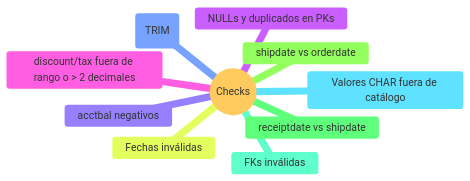
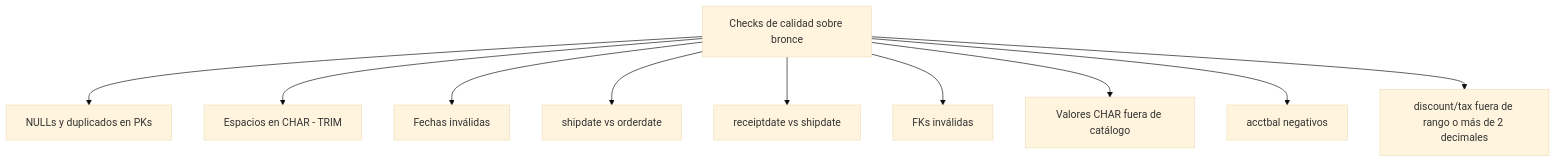
One commit to CaletOrtiz/sql-datawarehouse-project changed the third of 3 diagrams in docs/etl_proceso.md. Above: the diagram before and after it, drawn with Mermaid (base theme). The commit also changed other lines of this file and 2 other files, not shown here.

Commit message:
Fix mermaid syntax errors in arquitectura.md, etl_proceso.md and validacion_etl.md

````diff
--- a/docs/etl_proceso.md
+++ b/docs/etl_proceso.md
@@ -41,13 +41,12 @@
 ```mermaid
-mindmap
-  root((Checks))
-    NULLs y duplicados en PKs
-    Espacios en CHAR (TRIM)
-    Fechas inválidas
-    shipdate vs orderdate
-    receiptdate vs shipdate
-    FKs inválidas
-    Valores CHAR fuera de catálogo
-    acctbal negativos
-    discount/tax fuera de rango o > 2 decimales
+flowchart TD
+    C[Checks de calidad sobre bronce] --> C1[NULLs y duplicados en PKs]
+    C --> C2[Espacios en CHAR - TRIM]
+    C --> C3[Fechas inválidas]
+    C --> C4[shipdate vs orderdate]
+    C --> C5[receiptdate vs shipdate]
+    C --> C6[FKs inválidas]
+    C --> C7[Valores CHAR fuera de catálogo]
+    C --> C8[acctbal negativos]
+    C --> C9[discount/tax fuera de rango o más de 2 decimales]
 ```
````
